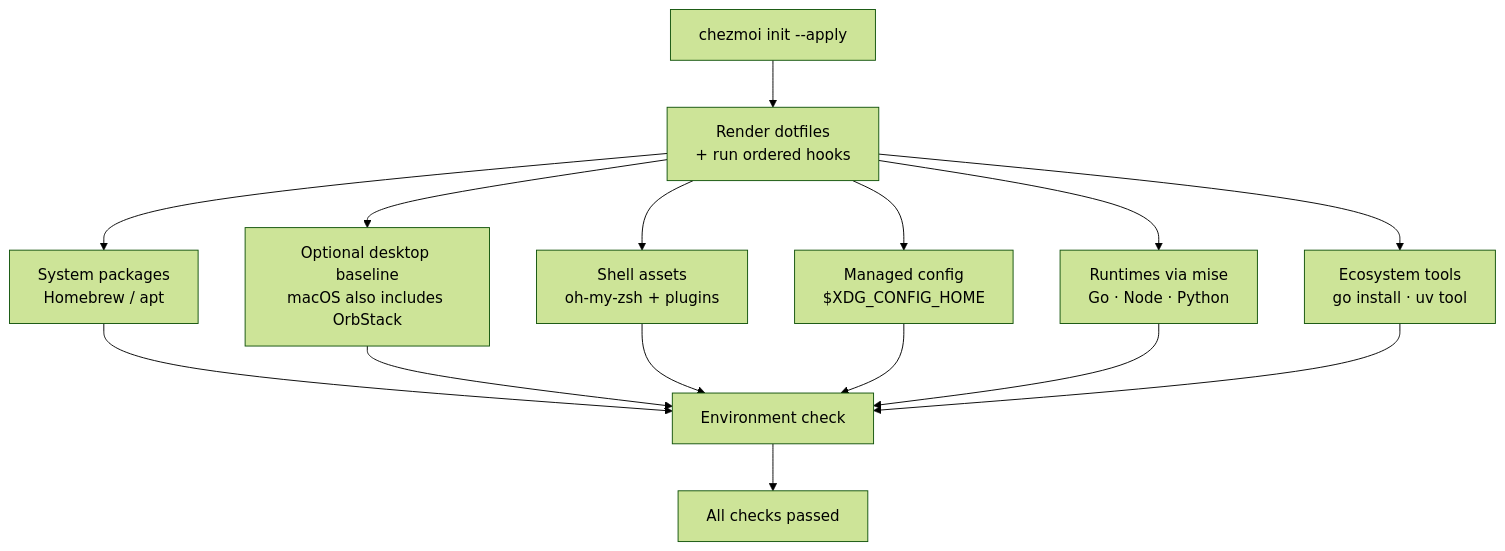
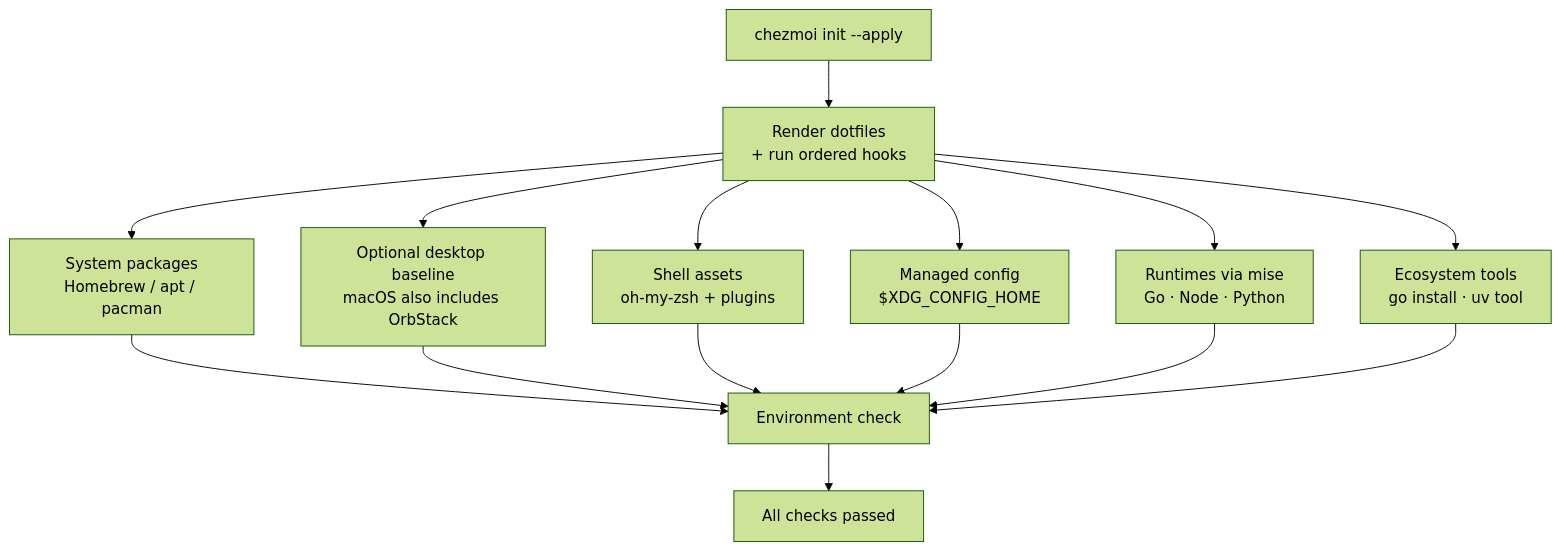
One commit to kangmingxuan/oh-my-devenv changed the diagram in README.md. Above: the diagram before and after it, drawn with Mermaid (forest theme). The commit also changed other lines of this file and 25 other files, not shown here.

````diff
--- a/README.md
+++ b/README.md
@@ -30,17 +30,17 @@
 ```mermaid
 flowchart TD
     A["chezmoi init --apply"] --> B["Render dotfiles<br/>+ run ordered hooks"]
-    B --> C["System packages<br/>Homebrew / apt"]
+    B --> C["System packages<br/>Homebrew / apt / pacman"]
     B --> D["Optional desktop baseline<br/>macOS also includes OrbStack"]
     B --> E["Shell assets<br/>oh-my-zsh + plugins"]
     B --> X["Managed config<br/>$XDG_CONFIG_HOME"]
     B --> F["Runtimes via mise<br/>Go · Node · Python"]
     B --> G["Ecosystem tools<br/>go install · uv tool"]
     C --> H["Environment check"]
     D --> H
     E --> H
     X --> H
     F --> H
     G --> H
     H --> I["All checks passed"]
 ```
````
